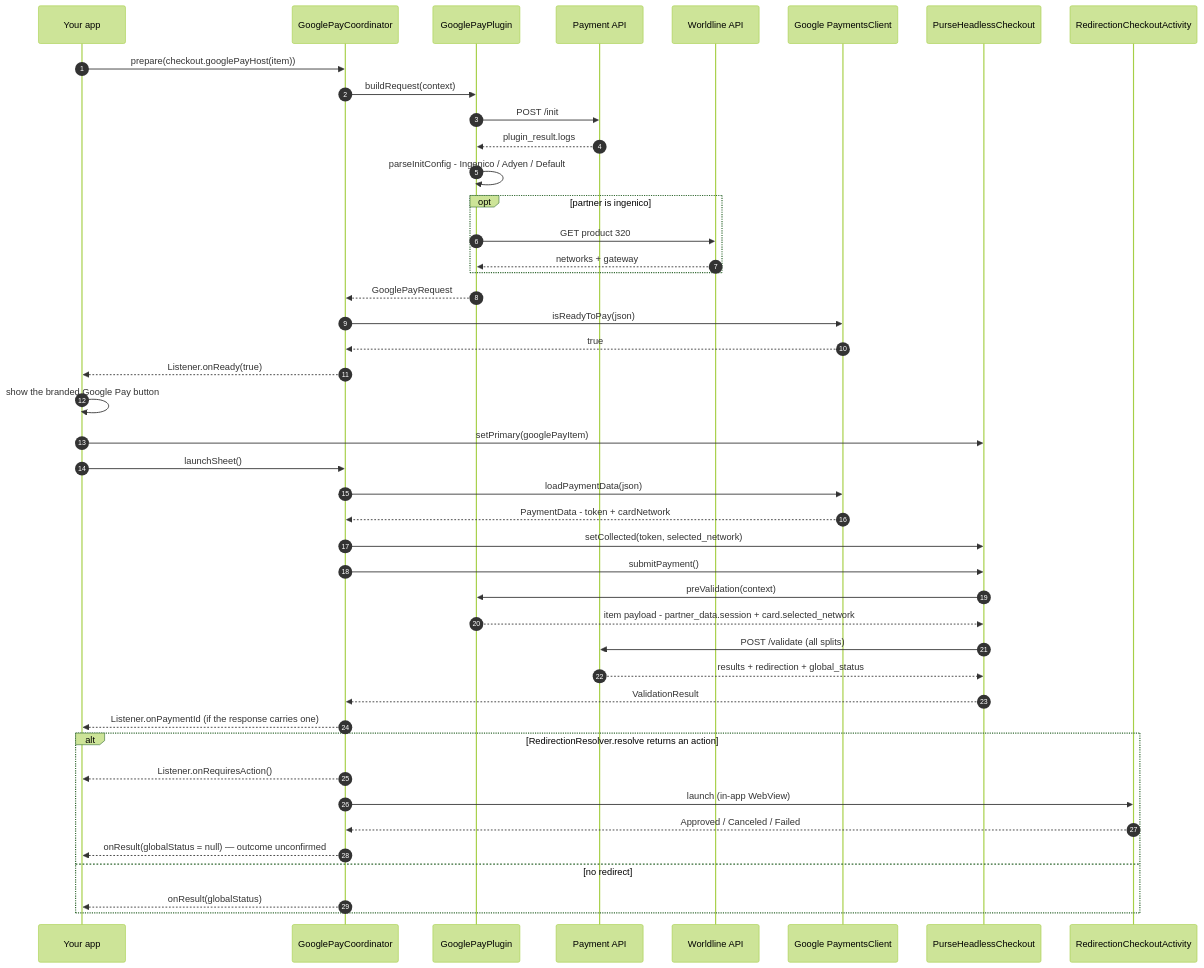
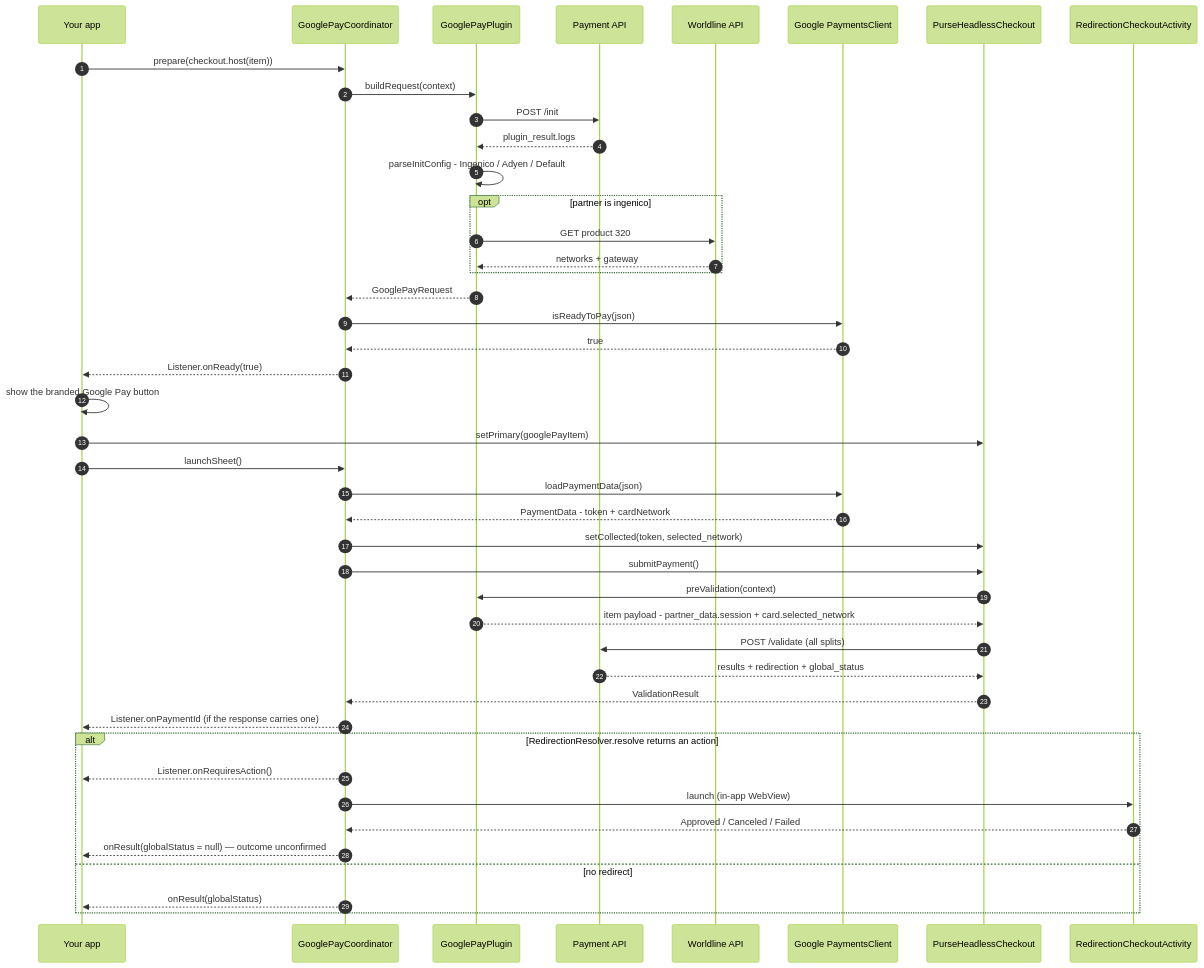
Before and after one commit to UpStreamPay/purse-headless-checkout-android: the diagram in docs/plugins/google-pay.md, drawn with Mermaid (forest theme). The commit also changed other lines of this file and 13 other files, not shown here.

````diff
--- a/docs/plugins/google-pay.md
+++ b/docs/plugins/google-pay.md
@@ -48,49 +48,49 @@
 ```mermaid
 sequenceDiagram
     autonumber
     participant App as Your app
     participant Co as GooglePayCoordinator
     participant Pl as GooglePayPlugin
     participant Api as Payment API
     participant WL as Worldline API
     participant GP as Google PaymentsClient
     participant Ck as PurseHeadlessCheckout
     participant Rd as RedirectionCheckoutActivity
 
-    App->>Co: prepare(checkout.googlePayHost(item))
+    App->>Co: prepare(checkout.host(item))
     Co->>Pl: buildRequest(context)
     Pl->>Api: POST /init
     Api-->>Pl: plugin_result.logs
     Pl->>Pl: parseInitConfig - Ingenico / Adyen / Default
     opt partner is ingenico
         Pl->>WL: GET product 320
         WL-->>Pl: networks + gateway
     end
     Pl-->>Co: GooglePayRequest
     Co->>GP: isReadyToPay(json)
     GP-->>Co: true
     Co-->>App: Listener.onReady(true)
     App->>App: show the branded Google Pay button
 
     App->>Ck: setPrimary(googlePayItem)
     App->>Co: launchSheet()
     Co->>GP: loadPaymentData(json)
     GP-->>Co: PaymentData - token + cardNetwork
     Co->>Ck: setCollected(token, selected_network)
     Co->>Ck: submitPayment()
     Ck->>Pl: preValidation(context)
     Pl-->>Ck: item payload - partner_data.session + card.selected_network
     Ck->>Api: POST /validate (all splits)
     Api-->>Ck: results + redirection + global_status
     Ck-->>Co: ValidationResult
     Co-->>App: Listener.onPaymentId (if the response carries one)
 
     alt RedirectionResolver.resolve returns an action
         Co-->>App: Listener.onRequiresAction()
         Co->>Rd: launch (in-app WebView)
         Rd-->>Co: Approved / Canceled / Failed
         Co-->>App: onResult(globalStatus = null) — outcome unconfirmed
     else no redirect
         Co-->>App: onResult(globalStatus)
     end
 ```
````
